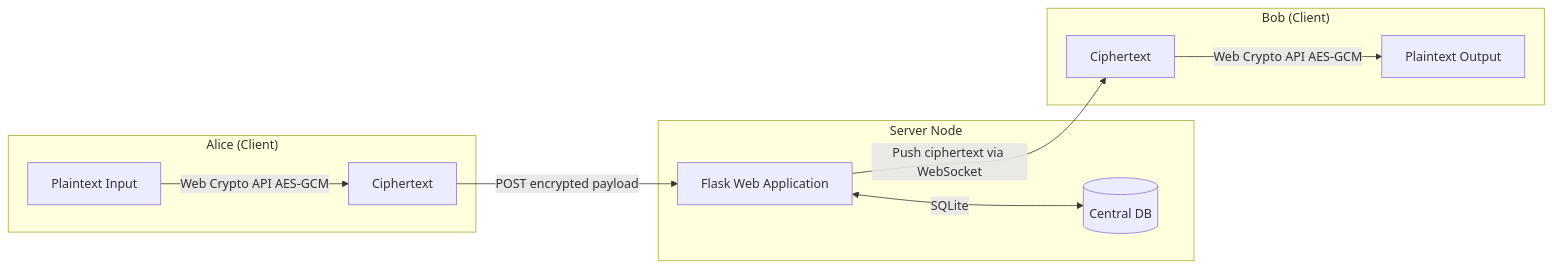
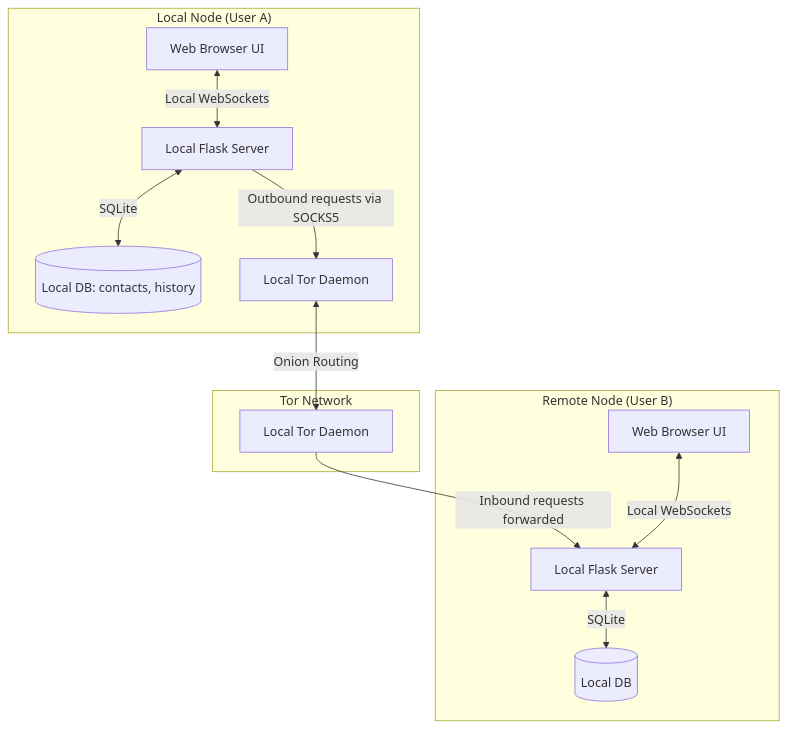
One commit to aryansinghnagar/AnonyMus changed the diagram in README.md. Above: the diagram before and after it, drawn with Mermaid. The commit also changed other lines of this file and 9 other files, not shown here.

Commit message:
feat: implement peer-to-peer (P2P) communication architecture utilizing Tor onion services

````diff
--- a/README.md
+++ b/README.md
@@ -13,17 +13,18 @@
 ```mermaid
-graph LR
-    subgraph "Alice (Client)"
-        A1[Plaintext Input] -->|Web Crypto API AES-GCM| A2[Ciphertext]
+graph TD
+    subgraph "Local Node (User A)"
+        A1[Web Browser UI] <-->|Local WebSockets| A2[Local Flask Server]
+        A2 <-->|SQLite| A3[(Local DB: contacts, history)]
+        A2 -->|Outbound requests via SOCKS5| A4[Local Tor Daemon]
     end
 
-    subgraph "Server Node"
-        S1[Flask Web Application] <-->|SQLite| S2[(Central DB)]
+    subgraph "Tor Network"
+        A4 <-->|Onion Routing| B4[Local Tor Daemon]
     end
 
-    subgraph "Bob (Client)"
-        B2[Ciphertext] -->|Web Crypto API AES-GCM| B1[Plaintext Output]
+    subgraph "Remote Node (User B)"
+        B4 -->|Inbound requests forwarded| B2[Local Flask Server]
+        B2 <-->|SQLite| B3[(Local DB)]
+        B1[Web Browser UI] <-->|Local WebSockets| B2
     end
-
-    A2 -->|POST encrypted payload| S1
-    S1 -->|Push ciphertext via WebSocket| B2
 ```
````
